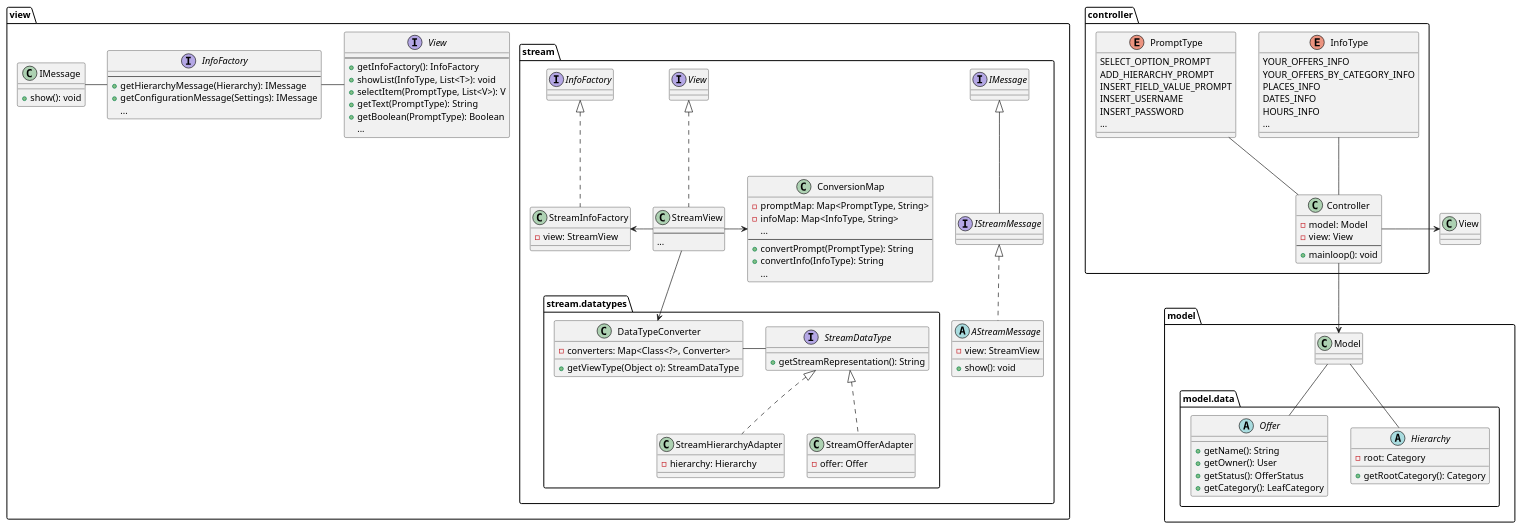
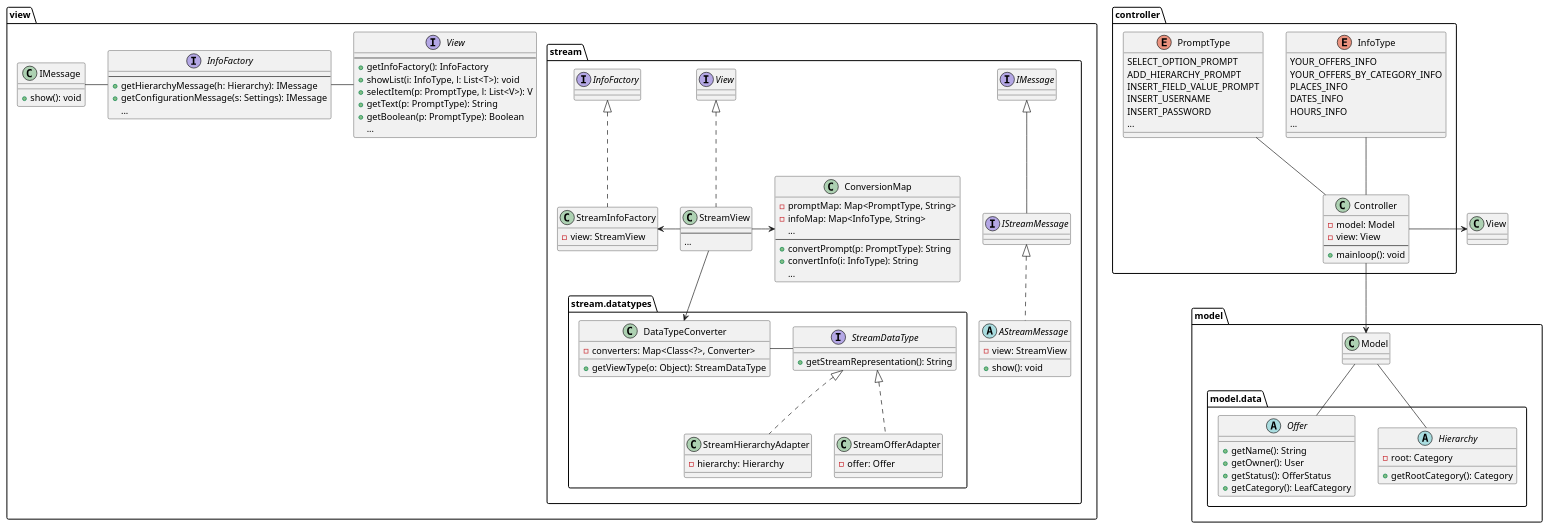
Before and after one commit to Matlice/ing_sw_2022: the diagram in presentazione/uml/mvc_classi.puml, drawn with PlantUML. The commit also changed 1 other file, not shown here.

```diff
--- a/presentazione/uml/mvc_classi.puml
+++ b/presentazione/uml/mvc_classi.puml
@@ -1,150 +1,150 @@
 @startuml
 
 'skinparam linetype ortho
 
 package "controller" as controller {
     class "Controller" as Controller {
         -  model: Model
         -  view: View
         --
         + mainloop(): void
         'todo da fare
     }
 
     enum "PromptType" as PromptType {
         SELECT_OPTION_PROMPT
         ADD_HIERARCHY_PROMPT
         INSERT_FIELD_VALUE_PROMPT
         INSERT_USERNAME
         INSERT_PASSWORD
         ...
     }
 
     enum "InfoType" as InfoType {
         YOUR_OFFERS_INFO
         YOUR_OFFERS_BY_CATEGORY_INFO
         PLACES_INFO
         DATES_INFO
         HOURS_INFO
         ...
     }
 
     Controller -up- PromptType
     Controller -up- InfoType
 }
 
 package "model" as model {
     class "Model" as Model {
         'todo
     }
 
     package "model.data" as data {
 
         abstract class Hierarchy {
             - root: Category
             + getRootCategory(): Category
         }
 
         abstract class Offer {
             + getName(): String
             + getOwner(): User
             + getStatus(): OfferStatus
             + getCategory(): LeafCategory
         }
 
     }
 
     Model -- Offer
     Model -- Hierarchy
 
 }
 
 package "view" as view {
 
     class "IMessage" as IMessage {
         + show(): void
     }
 
     interface "InfoFactory" as InfoFactory {
         --
-        + getHierarchyMessage(Hierarchy): IMessage
-        + getConfigurationMessage(Settings): IMessage
+        + getHierarchyMessage(h: Hierarchy): IMessage
+        + getConfigurationMessage(s: Settings): IMessage
         ...
     }
 
     interface "View" as View {
         --
         + getInfoFactory(): InfoFactory
-        + showList(InfoType, List<T>): void
-        + selectItem(PromptType, List<V>): V
-        + getText(PromptType): String
-        + getBoolean(PromptType): Boolean
+        + showList(i: InfoType, l: List<T>): void
+        + selectItem(p: PromptType, l: List<V>): V
+        + getText(p: PromptType): String
+        + getBoolean(p: PromptType): Boolean
         ...
     }
 
     package "stream" as stream {
 
         package "stream.datatypes" as datatypes {
 
             class "DataTypeConverter" as DataTypeConverter {
                 - converters: Map<Class<?>, Converter>
-                + getViewType(Object o): StreamDataType 
+                + getViewType(o: Object): StreamDataType 
             }
 
             interface StreamDataType {
                 + getStreamRepresentation(): String
             }
 
             class StreamHierarchyAdapter implements StreamDataType {
                 - hierarchy: Hierarchy
                 ' todo lasciare il metodo implementato?
             }
 
             class StreamOfferAdapter implements StreamDataType {
                 - offer: Offer
             }
 
         }
 
         interface "IStreamMessage" as IStreamMessage extends IMessage {
         }
 
         class "StreamView" as StreamView implements View{
             --
             ...
         }
 
         class StreamInfoFactory implements InfoFactory {
             - view: StreamView
         }
 
         class ConversionMap {
             - promptMap: Map<PromptType, String>
             - infoMap: Map<InfoType, String>
             ...
             --
-            + convertPrompt(PromptType): String
-            + convertInfo(InfoType): String
+            + convertPrompt(p: PromptType): String
+            + convertInfo(i: InfoType): String
             ...
         }
 
         abstract class AStreamMessage implements IStreamMessage {
             - view: StreamView
             + show(): void
         }
 
         StreamInfoFactory <-right- StreamView
         StreamView --> DataTypeConverter
         StreamView -right-> ConversionMap
         DataTypeConverter -right- StreamDataType
 
     }
 
     View -left- InfoFactory
     InfoFactory -left- IMessage
 }
 
 Controller -down-> Model
 Controller -right-> View
 
 @enduml
```
